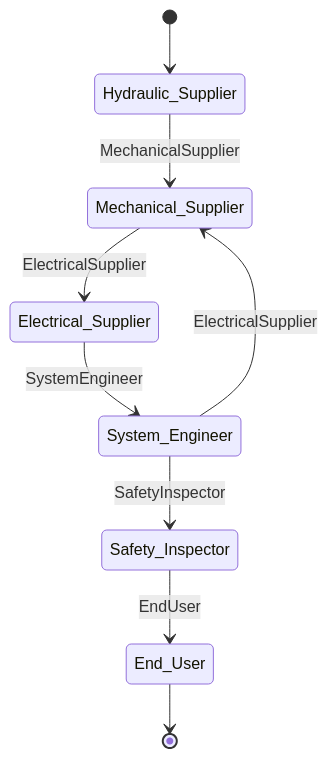
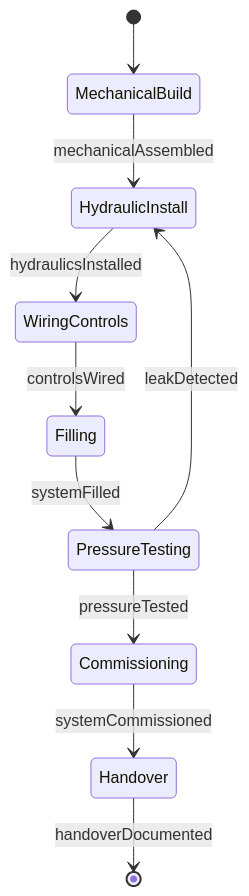
One commit to dot-org-ai/tasks.org.ai changed the second of 4 diagrams in HandlingAndMovingObjects/AssembleEquipmentOrComponents/AssembleElectromechanicalHydraulicSystems.mdx. Above: the diagram before and after it, drawn with Mermaid. The commit also changed other lines of this file and 515 other files, not shown here.

````diff
--- a/HandlingAndMovingObjects/AssembleEquipmentOrComponents/AssembleElectromechanicalHydraulicSystems.mdx
+++ b/HandlingAndMovingObjects/AssembleEquipmentOrComponents/AssembleElectromechanicalHydraulicSystems.mdx
@@ -101,11 +99,12 @@
 ```mermaid
 stateDiagram-v2
-    [*] --> Hydraulic_Supplier
-    Hydraulic_Supplier --> Mechanical_Supplier: MechanicalSupplier
-    Mechanical_Supplier --> Electrical_Supplier: ElectricalSupplier
-    Electrical_Supplier --> System_Engineer: SystemEngineer
-    System_Engineer --> Safety_Inspector: SafetyInspector
-    Safety_Inspector --> End_User: EndUser
-    System_Engineer --> Mechanical_Supplier: ElectricalSupplier
-    End_User --> [*]
+    [*] --> MechanicalBuild
+    MechanicalBuild --> HydraulicInstall : mechanicalAssembled
+    HydraulicInstall --> WiringControls : hydraulicsInstalled
+    WiringControls --> Filling : controlsWired
+    Filling --> PressureTesting : systemFilled
+    PressureTesting --> Commissioning : pressureTested
+    Commissioning --> Handover : systemCommissioned
+    PressureTesting --> HydraulicInstall : leakDetected
+    Handover --> [*] : handoverDocumented
 ```
````
